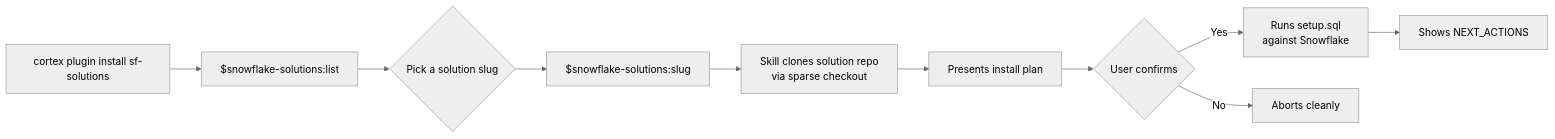
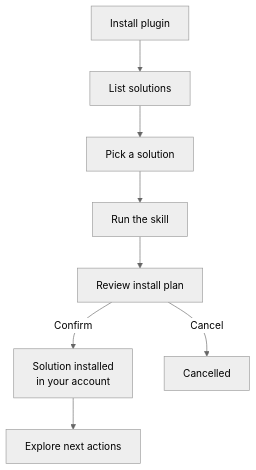
One commit to Snowflake-Labs/sf-solutions changed the first of 2 diagrams in README.md. Above: the diagram before and after it, drawn with Mermaid (neutral theme). The commit also changed other lines of this file, not shown here.

````diff
--- a/README.md
+++ b/README.md
@@ -14,12 +12,10 @@
 ```mermaid
-flowchart LR
-    A["cortex plugin install sf-solutions"] --> B["$snowflake-solutions:list"]
-    B --> C{Pick a solution slug}
-    C --> D["$snowflake-solutions:slug"]
-    D --> E["Skill clones solution repo\nvia sparse checkout"]
-    E --> F["Presents install plan"]
-    F --> G{User confirms}
-    G -->|Yes| H["Runs setup.sql\nagainst Snowflake"]
-    G -->|No| I["Aborts cleanly"]
-    H --> J["Shows NEXT_ACTIONS"]
+flowchart TB
+    A["Install plugin"] --> B["List solutions"]
+    B --> C["Pick a solution"]
+    C --> D["Run the skill"]
+    D --> E["Review install plan"]
+    E -->|Confirm| F["Solution installed\nin your account"]
+    E -->|Cancel| G["Cancelled"]
+    F --> H["Explore next actions"]
 ```
````
